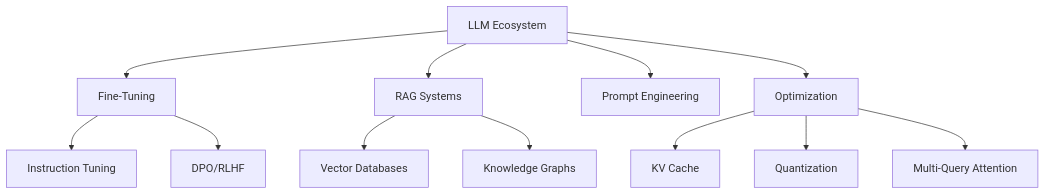
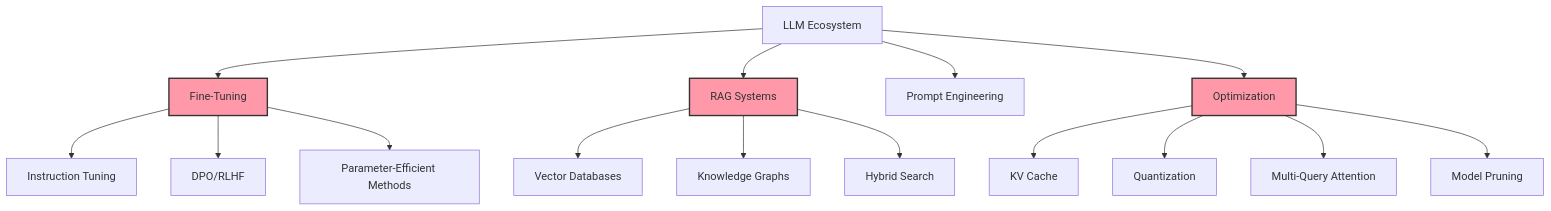
One commit to ambuj991/ambuj991 changed the second of 2 diagrams in README.md. Above: the diagram before and after it, drawn with Mermaid. The commit also changed other lines of this file, not shown here.

````diff
--- a/README.md
+++ b/README.md
@@ -56,17 +248,23 @@
 ```mermaid
 graph TD
     A[LLM Ecosystem] --> B[Fine-Tuning]
     A --> C[RAG Systems]
     A --> D[Prompt Engineering]
     A --> E[Optimization]
     
     B --> F[Instruction Tuning]
     B --> G[DPO/RLHF]
+    B --> M[Parameter-Efficient Methods]
     
     C --> H[Vector Databases]
     C --> I[Knowledge Graphs]
+    C --> N[Hybrid Search]
     
     E --> J[KV Cache]
     E --> K[Quantization]
     E --> L[Multi-Query Attention]
+    E --> O[Model Pruning]
+    
+    classDef expert fill:#f9a,stroke:#333,stroke-width:2px;
+    class B,C,E expert;
 ```
````
